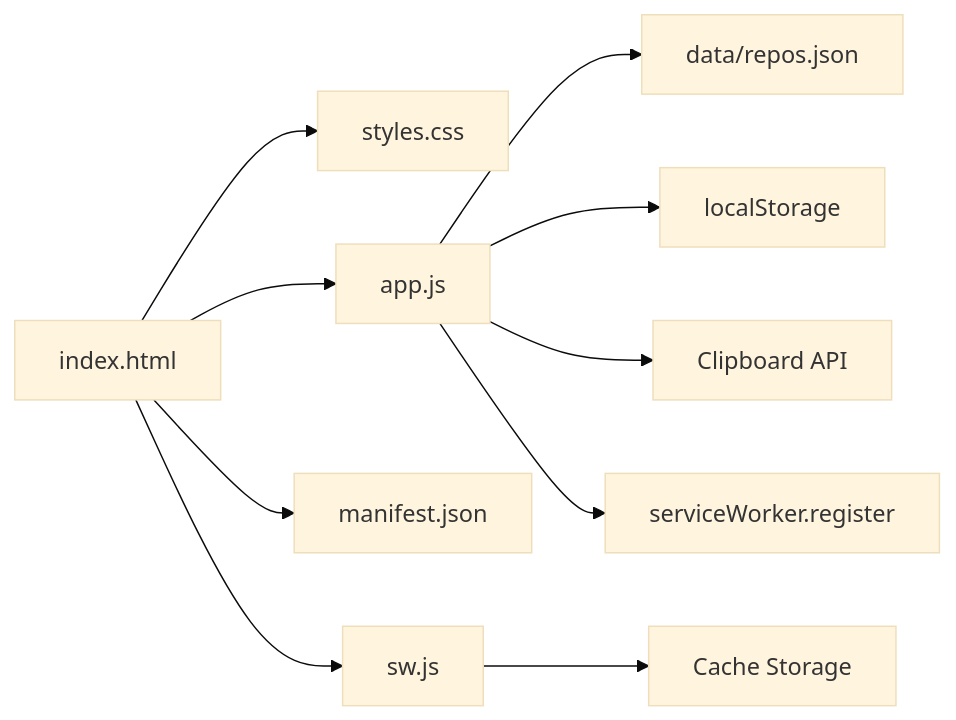
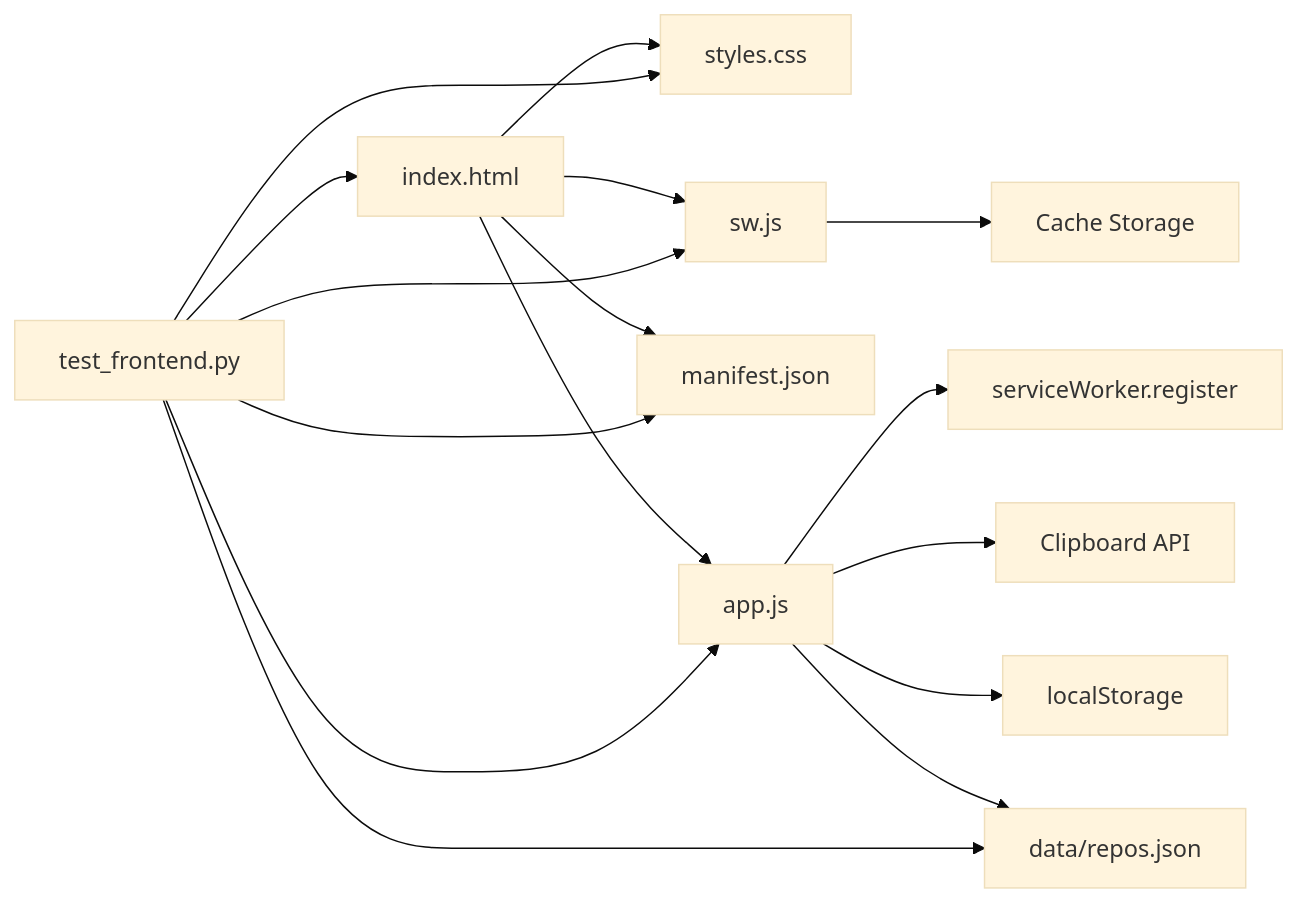
One commit to allengaller/repo-database changed the tenth of 10 diagrams in .qoder/repowiki/zh/content/前端架构/前端架构.md. Above: the diagram before and after it, drawn with Mermaid (base theme). The commit also changed other lines of this file and 38 other files, not shown here.

````diff
--- a/.qoder/repowiki/zh/content/前端架构/前端架构.md
+++ b/.qoder/repowiki/zh/content/前端架构/前端架构.md
@@ -340,12 +474,18 @@
 ```mermaid
 graph LR
 HTML["index.html"] --> CSS["styles.css"]
 HTML --> JS["app.js"]
 HTML --> MAN["manifest.json"]
 HTML --> SW["sw.js"]
 JS --> DATA["data/repos.json"]
 JS --> LS["localStorage"]
 JS --> CLIP["Clipboard API"]
 JS --> SWREG["serviceWorker.register"]
 SW --> CACHE["Cache Storage"]
+TEST["test_frontend.py"] --> DATA
+TEST --> HTML
+TEST --> CSS
+TEST --> JS
+TEST --> MAN
+TEST --> SW
 ```
````
